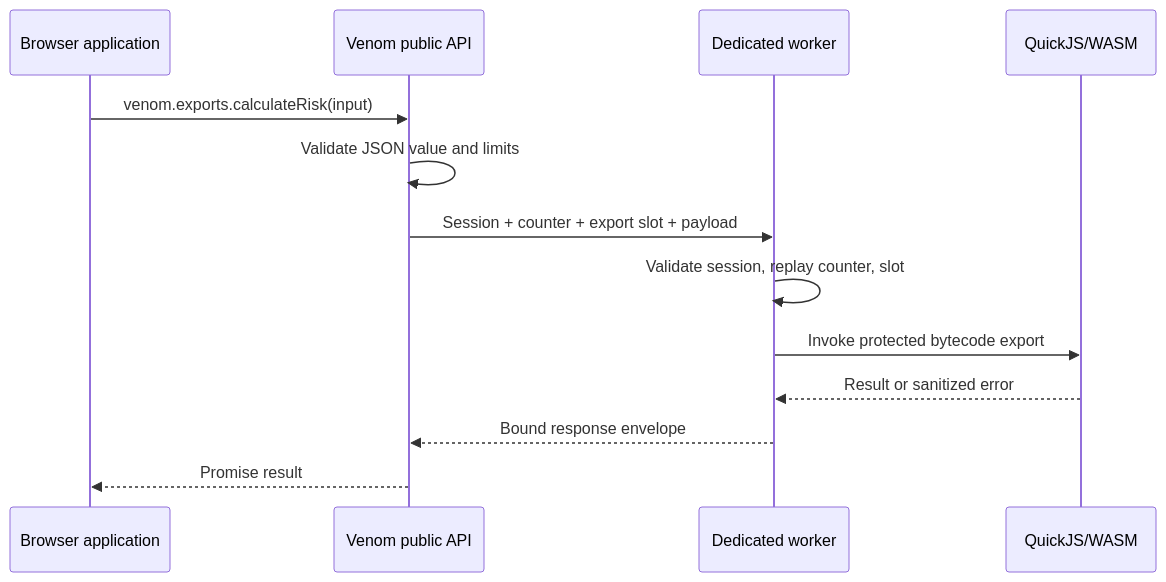
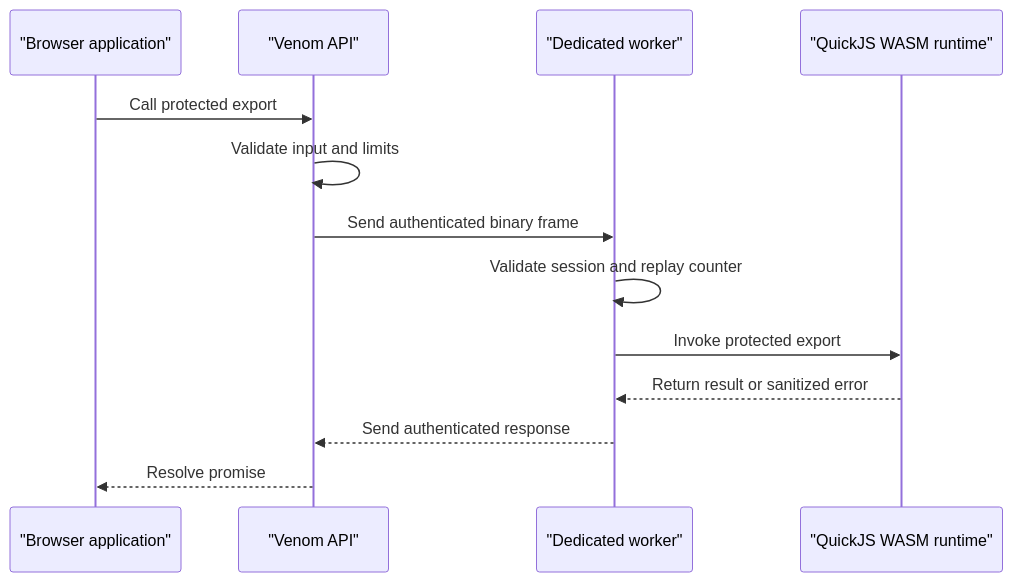
One commit to Ascension-Digital-Technologies/Venom changed the second of 2 diagrams in README.md. Above: the diagram before and after it, drawn with Mermaid. The commit also changed other lines of this file and 22 other files, not shown here.

````diff
--- a/README.md
+++ b/README.md
@@ -68,15 +68,15 @@
 ```mermaid
 sequenceDiagram
-    participant App as Browser application
-    participant API as Venom public API
-    participant Worker as Dedicated worker
-    participant QJS as QuickJS/WASM
-    App->>API: venom.exports.calculateRisk(input)
-    API->>API: Validate JSON value and limits
-    API->>Worker: Session + counter + export slot + payload
-    Worker->>Worker: Validate session, replay counter, slot
-    Worker->>QJS: Invoke protected bytecode export
-    QJS-->>Worker: Result or sanitized error
-    Worker-->>API: Bound response envelope
-    API-->>App: Promise result
+    participant Browser as "Browser application"
+    participant API as "Venom API"
+    participant Worker as "Dedicated worker"
+    participant Runtime as "QuickJS WASM runtime"
+    Browser->>API: Call protected export
+    API->>API: Validate input and limits
+    API->>Worker: Send authenticated binary frame
+    Worker->>Worker: Validate session and replay counter
+    Worker->>Runtime: Invoke protected export
+    Runtime-->>Worker: Return result or sanitized error
+    Worker-->>API: Send authenticated response
+    API-->>Browser: Resolve promise
 ```
````
